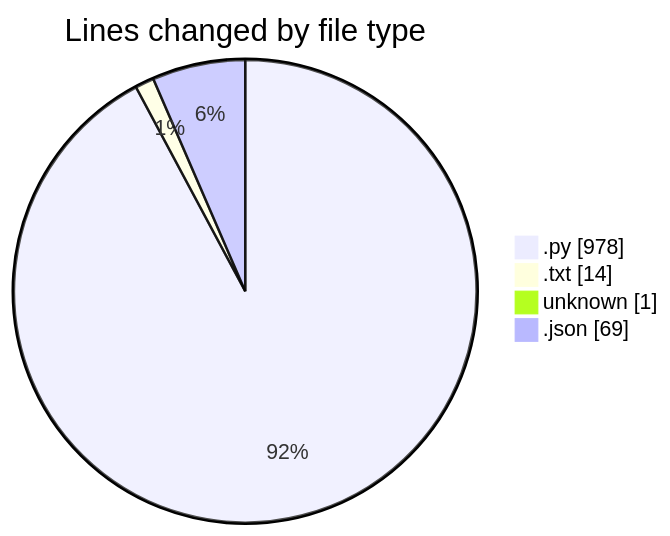
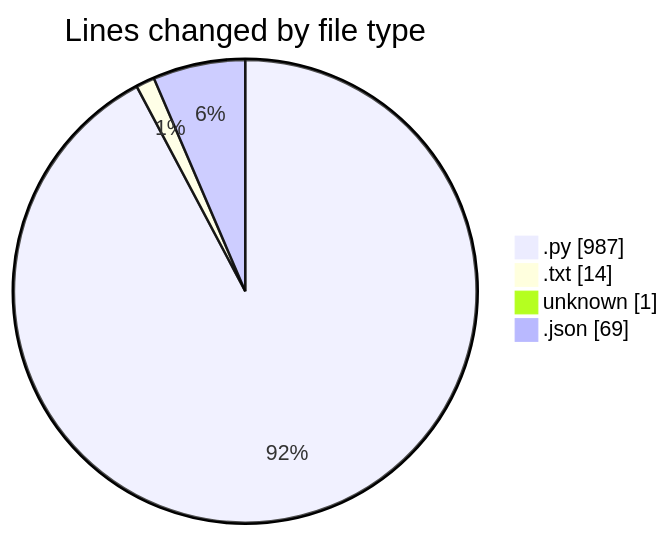
One commit to Unknowalive/code-tracking changed the first of 2 diagrams in 2026-07-03/researchlens/README.md. Above: the diagram before and after it, drawn with Mermaid. The commit also changed other lines of this file and 1 other file, not shown here.

````diff
--- a/2026-07-03/researchlens/README.md
+++ b/2026-07-03/researchlens/README.md
@@ -32,8 +32,8 @@
 ```mermaid
 pie showData
 title Lines changed by file type
-".py" : 978
+".py" : 987
 ".txt" : 14
 "unknown" : 1
 ".json" : 69
 ```
````
